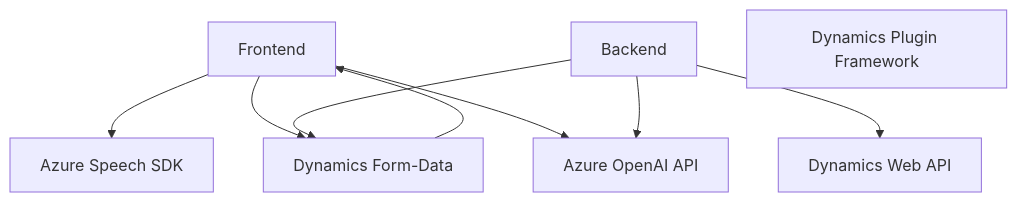
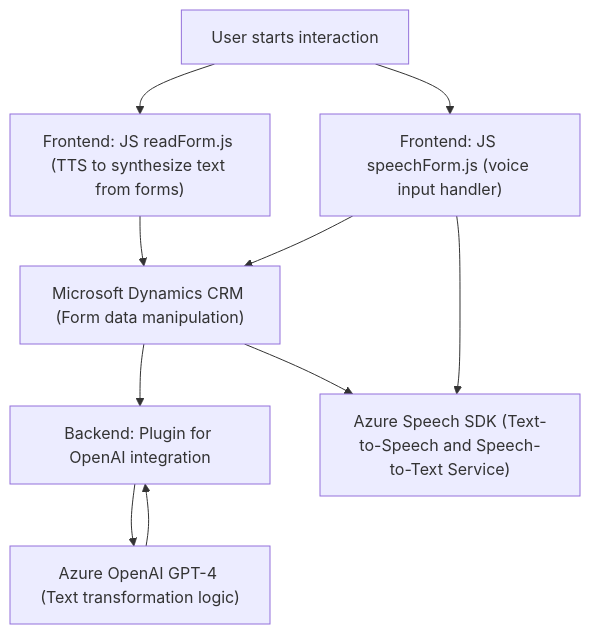
One commit to blopezdm/NETCORE_BILBAO2025 changed the diagram in README.md. Above: the diagram before and after it, drawn with Mermaid. The commit also changed other lines of this file, not shown here.

````diff
--- a/README.md
+++ b/README.md
@@ -43,18 +49,20 @@
 ```mermaid
 graph TD
-    A["Frontend"]
-    B["Backend"]
-    C["Dynamics Form-Data"]
-    D["Azure Speech SDK"]
-    E["Azure OpenAI API"]
-    F["Dynamics Plugin Framework"]
-    G["Dynamics Web API"]
+    A["User starts interaction"]
+    B["Frontend: JS readForm.js (TTS to synthesize text from forms)"]
+    C["Frontend: JS speechForm.js (voice input handler)"]
+    D["Backend: Plugin for OpenAI integration"]
+    E["Azure Speech SDK (Text-to-Speech and Speech-to-Text Service)"]
+    F["Microsoft Dynamics CRM (Form data manipulation)"]
+    G["Azure OpenAI GPT-4 (Text transformation logic)"]
 
-    A --> D
+    A --> B
     A --> C
-    A --> E
-    B --> E
-    B --> C
-    B --> G
-    C --> A
+    B --> F
+    C --> F
+    C --> E
+    F --> D
+    D --> G
+    G --> D
+    F --> E
 ```
````
